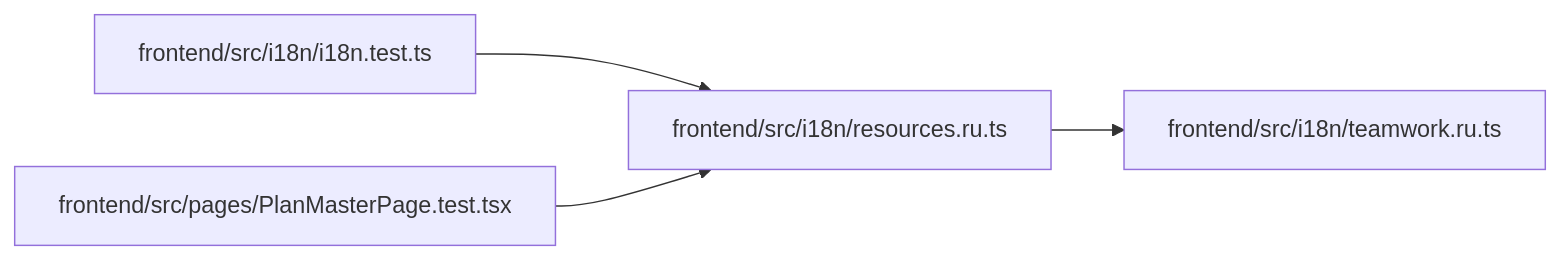
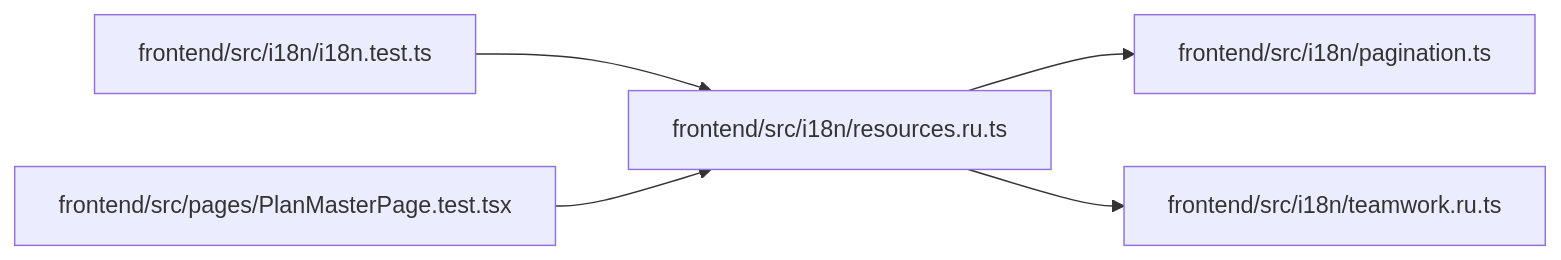
The diagram in docs/llm_wiki/modules/resources.ru.md (Denissvgn/WorkChord), drawn with Mermaid before and after one commit. The commit also changed other lines of this file and 2509 other files, not shown here.

````diff
--- a/docs/llm_wiki/modules/resources.ru.md
+++ b/docs/llm_wiki/modules/resources.ru.md
@@ -25,14 +26,17 @@
 ```mermaid
 flowchart LR
     n0["frontend/src/i18n/i18n.test.ts"]
-    n1["frontend/src/i18n/resources.ru.ts"]
-    n2["frontend/src/i18n/teamwork.ru.ts"]
-    n3["frontend/src/pages/PlanMasterPage.test.tsx"]
-    n0 --> n1
-    n1 --> n2
-    n3 --> n1
+    n1["frontend/src/i18n/pagination.ts"]
+    n2["frontend/src/i18n/resources.ru.ts"]
+    n3["frontend/src/i18n/teamwork.ru.ts"]
+    n4["frontend/src/pages/PlanMasterPage.test.tsx"]
+    n0 --> n2
+    n2 --> n1
+    n2 --> n3
+    n4 --> n2
     click n0 "../modules/i18n.test.md"
-    click n1 "../modules/resources.ru.md"
-    click n2 "../modules/teamwork.ru.md"
-    click n3 "../modules/PlanMasterPage.test.md"
+    click n1 "../modules/pagination.md"
+    click n2 "../modules/resources.ru.md"
+    click n3 "../modules/teamwork.ru.md"
+    click n4 "../modules/PlanMasterPage.test.md"
 ```
````
